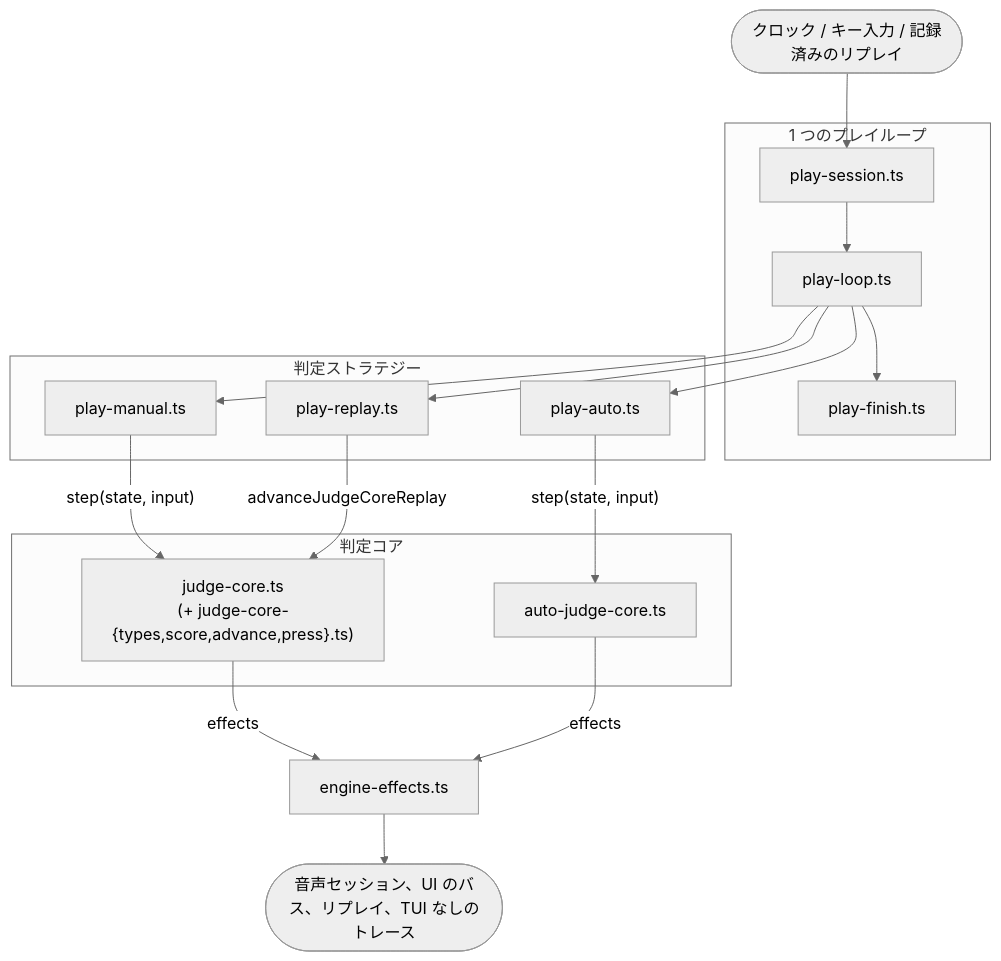
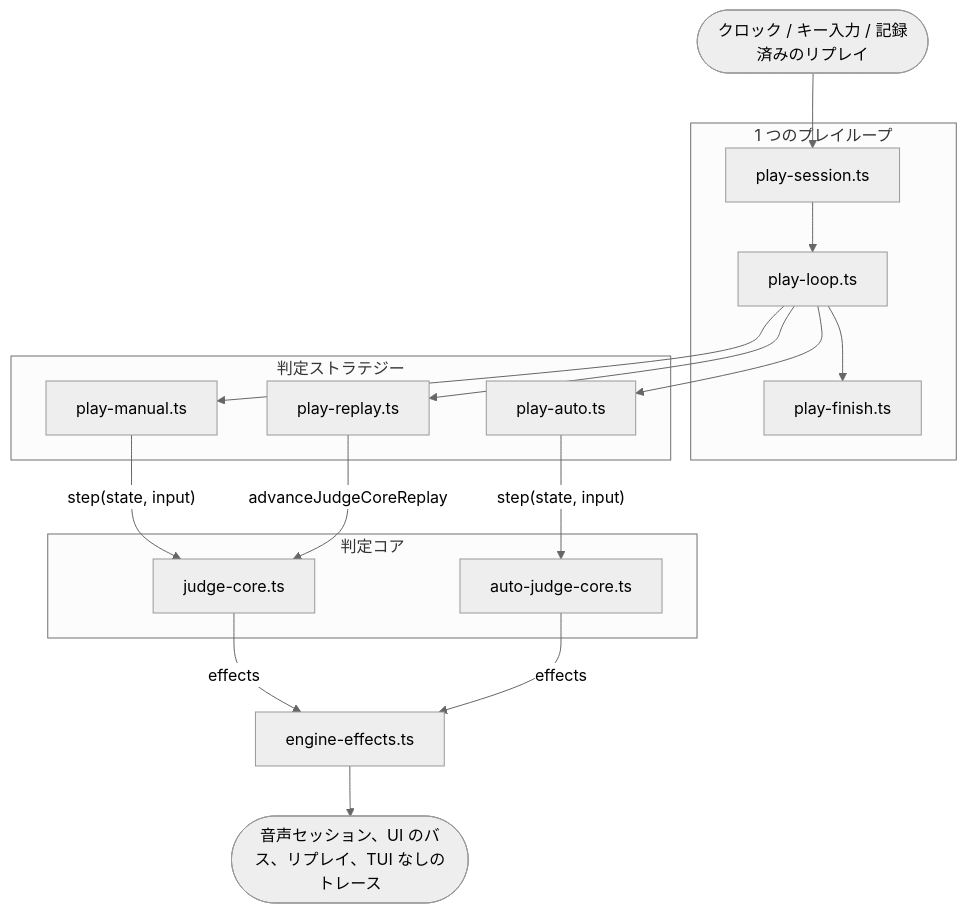
Before and after one commit to nulltask/be-music: the second of 3 diagrams in docs/architecture.ja.md, drawn with Mermaid (neutral theme). The commit also changed other lines of this file and 33 other files, not shown here.

````diff
--- a/docs/architecture.ja.md
+++ b/docs/architecture.ja.md
@@ -101,31 +103,31 @@
 ```mermaid
 flowchart TD
   inputs(["クロック / キー入力 / 記録済みのリプレイ"])
   subgraph loop["1 つのプレイループ"]
     session["play-session.ts"]
     run["play-loop.ts"]
     finish["play-finish.ts"]
   end
   subgraph strategies["判定ストラテジー"]
     manual["play-manual.ts"]
     replay["play-replay.ts"]
     auto["play-auto.ts"]
   end
   subgraph core["判定コア"]
-    judge["judge-core.ts<br/>(+ judge-core-{types,score,advance,press}.ts)"]
+    judge["judge-core.ts"]
     autoJudge["auto-judge-core.ts"]
   end
   effects["engine-effects.ts"]
   host(["音声セッション、UI のバス、リプレイ、TUI なしのトレース"])
 
   inputs --> session --> run --> finish
   run --> manual
   run --> replay
   run --> auto
   manual -->|"step(state, input)"| judge
   replay -->|"advanceJudgeCoreReplay"| judge
   auto -->|"step(state, input)"| autoJudge
   judge -->|effects| effects
   autoJudge -->|effects| effects
   effects --> host
 ```
````
